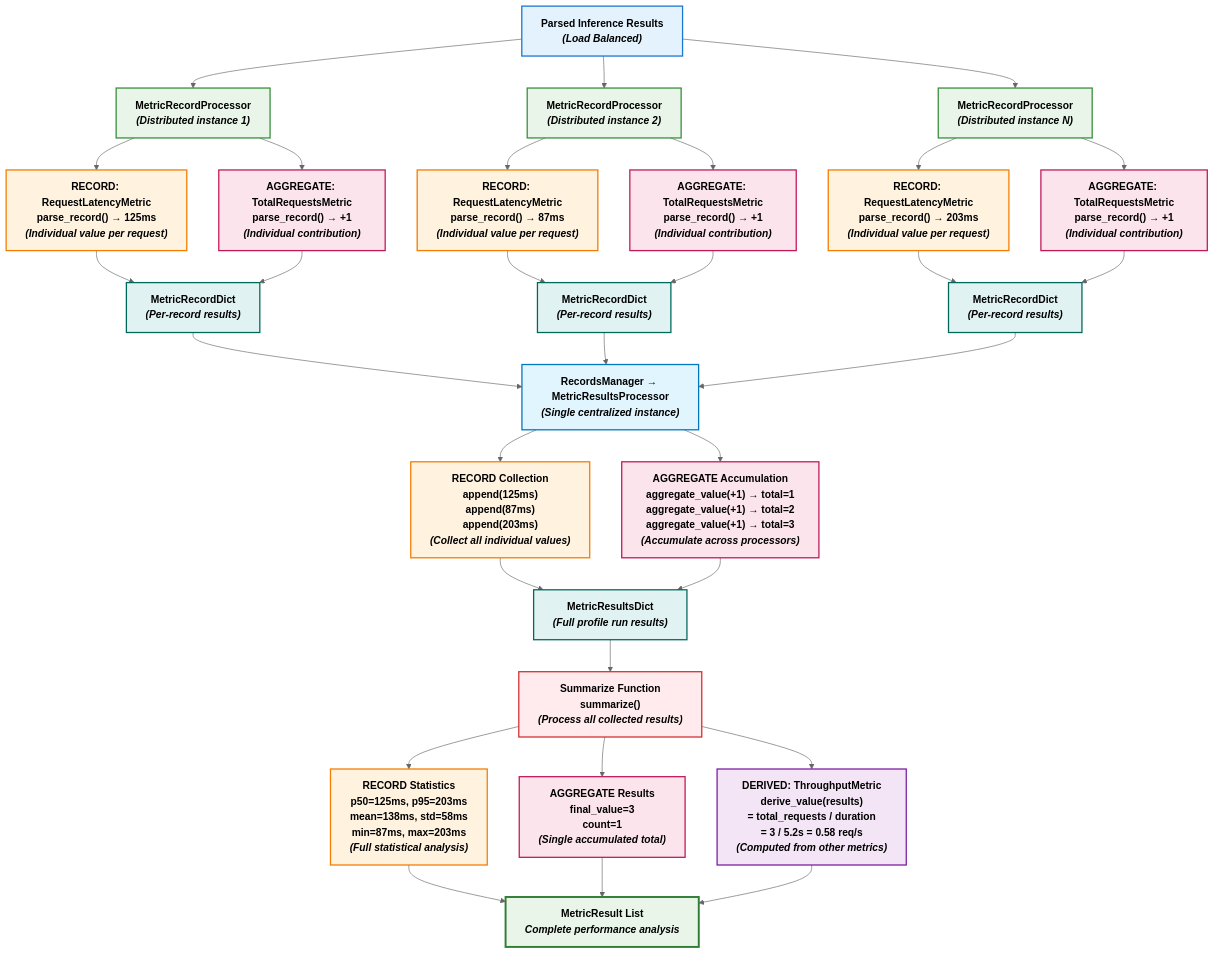
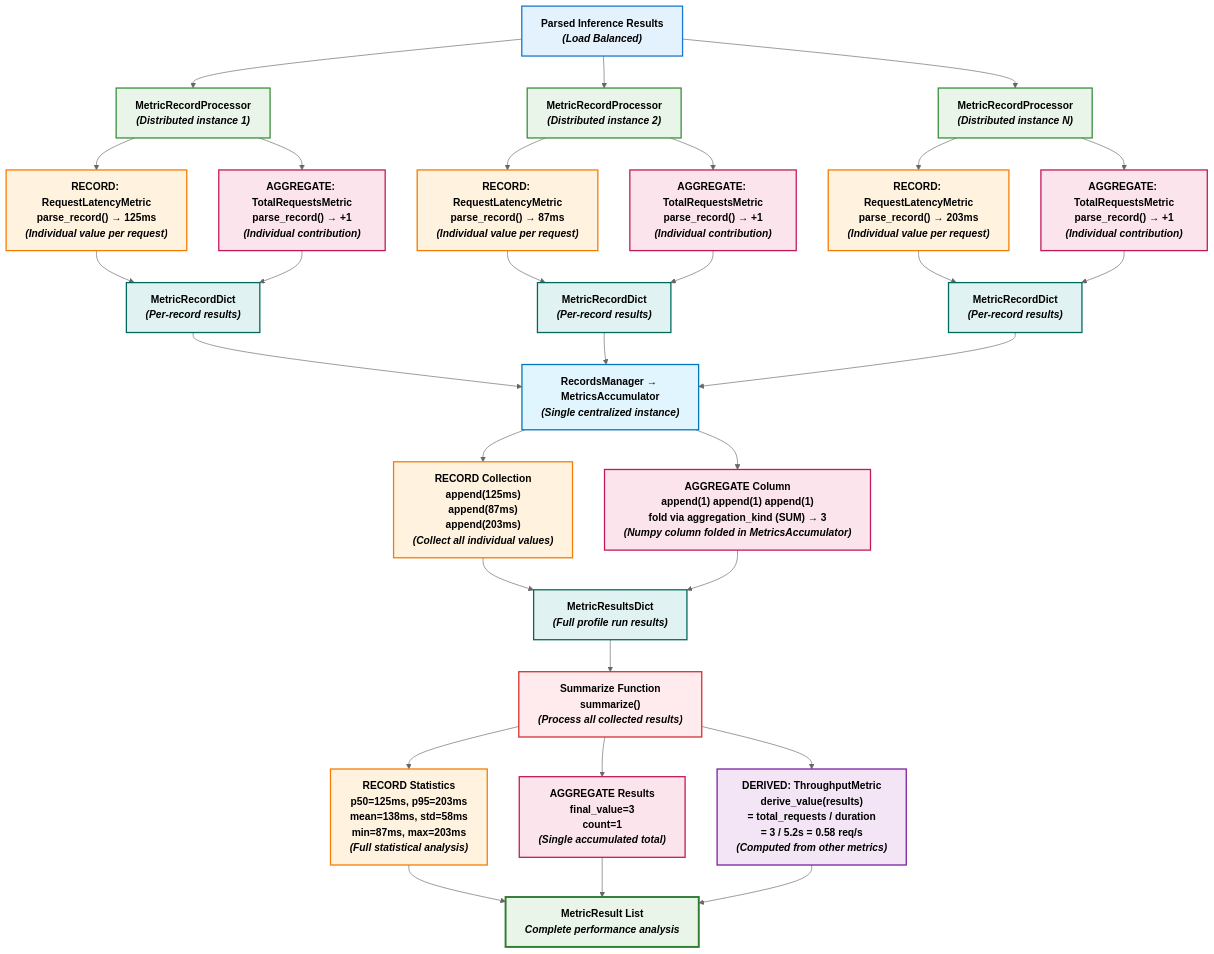
The diagram in docs/diagrams/metrics-flow.md (ai-dynamo/aiperf), drawn with Mermaid (neutral theme) before and after one commit. The commit also changed 139 other files, not shown here.

Commit message:
refactor(records): remove legacy results processors; route by record type (#1144)

````diff
--- a/docs/diagrams/metrics-flow.md
+++ b/docs/diagrams/metrics-flow.md
@@ -7,80 +7,80 @@
 ```mermaid
 flowchart TD
     %% Input Data
     A["Parsed Inference Results<br/><em>(Load&nbsp;Balanced)</em>"]
 
     %% Stage 1: Distributed Record Processing
     A --> B1["MetricRecordProcessor<br/><em>(Distributed&nbsp;instance&nbsp;1)</em>"]
     A --> B2["MetricRecordProcessor<br/><em>(Distributed&nbsp;instance&nbsp;2)</em>"]
     A --> B3["MetricRecordProcessor<br/><em>(Distributed&nbsp;instance&nbsp;N)</em>"]
 
     %% RECORD Metric Path
     B1 --> C1["RECORD: RequestLatencyMetric<br/>parse_record() → 125ms<br/><em>(Individual&nbsp;value&nbsp;per&nbsp;request)</em>"]
     B2 --> C2["RECORD: RequestLatencyMetric<br/>parse_record() → 87ms<br/><em>(Individual&nbsp;value&nbsp;per&nbsp;request)</em>"]
     B3 --> C3["RECORD: RequestLatencyMetric<br/>parse_record() → 203ms<br/><em>(Individual&nbsp;value&nbsp;per&nbsp;request)</em>"]
 
     %% AGGREGATE Metric Path
     B1 --> D1["AGGREGATE: TotalRequestsMetric<br/>parse_record() → +1<br/><em>(Individual&nbsp;contribution)</em>"]
     B2 --> D2["AGGREGATE: TotalRequestsMetric<br/>parse_record() → +1<br/><em>(Individual&nbsp;contribution)</em>"]
     B3 --> D3["AGGREGATE: TotalRequestsMetric<br/>parse_record() → +1<br/><em>(Individual&nbsp;contribution)</em>"]
 
     %% MetricRecordDict Collection
     C1 --> E1["MetricRecordDict<br/><em>(Per-record&nbsp;results)</em>"]
     D1 --> E1
     C2 --> E2["MetricRecordDict<br/><em>(Per-record&nbsp;results)</em>"]
     D2 --> E2
     C3 --> E3["MetricRecordDict<br/><em>(Per-record&nbsp;results)</em>"]
     D3 --> E3
 
-    %% Stage 2: Centralized Results Processing
-    E1 --> G["RecordsManager → MetricResultsProcessor<br/><em>(Single&nbsp;centralized&nbsp;instance)</em>"]
+    %% Stage 2: Centralized Metrics Accumulation
+    E1 --> G["RecordsManager → MetricsAccumulator<br/><em>(Single&nbsp;centralized&nbsp;instance)</em>"]
     E2 --> G
     E3 --> G
 
     %% RECORD Processing in Central
     G --> H1["RECORD Collection<br/>append(125ms)<br/>append(87ms)<br/>append(203ms)<br/><em>(Collect&nbsp;all&nbsp;individual&nbsp;values)</em>"]
 
     %% AGGREGATE Processing in Central
-    G --> H2["AGGREGATE Accumulation<br/>aggregate_value(+1) → total=1<br/>aggregate_value(+1) → total=2<br/>aggregate_value(+1) → total=3<br/><em>(Accumulate&nbsp;across&nbsp;processors)</em>"]
+    G --> H2["AGGREGATE Column<br/>append(1) append(1) append(1)<br/>fold via aggregation_kind (SUM) → 3<br/><em>(Numpy&nbsp;column&nbsp;folded&nbsp;in&nbsp;MetricsAccumulator)</em>"]
 
     H1 --> L["MetricResultsDict<br/><em>(Full&nbsp;profile&nbsp;run&nbsp;results)</em>"]
     H2 --> L
 
     %% Stage 4: Summarize Function Processing
     L --> I2["Summarize Function<br/>summarize()<br/><em>(Process&nbsp;all&nbsp;collected&nbsp;results)</em>"]
 
     %% Three outputs from Summarize Function
     I2 --> J1["RECORD Statistics<br/>p50=125ms, p95=203ms<br/>mean=138ms, std=58ms<br/>min=87ms, max=203ms<br/><em>(Full&nbsp;statistical&nbsp;analysis)</em>"]
 
     I2 --> J2["AGGREGATE Results<br/>final_value=3<br/>count=1<br/><em>(Single&nbsp;accumulated&nbsp;total)</em>"]
 
     I2 --> J3["DERIVED: ThroughputMetric<br/>derive_value(results)<br/>= total_requests / duration<br/>= 3 / 5.2s = 0.58 req/s<br/><em>(Computed&nbsp;from&nbsp;other&nbsp;metrics)</em>"]
 
     %% Final Output
     J1 --> K["MetricResult List<br/><em>Complete&nbsp;performance&nbsp;analysis</em>"]
     J2 --> K
     J3 --> K
 
     %% Styling
     classDef input fill:#e3f2fd,stroke:#1976d2,stroke-width:2px,color:#000000,font-weight:bold
     classDef distributed fill:#e8f5e8,stroke:#388e3c,stroke-width:2px,color:#000000,font-weight:bold
     classDef recordMetric fill:#fff3e0,stroke:#f57c00,stroke-width:2px,color:#000000,font-weight:bold
     classDef aggregateMetric fill:#fce4ec,stroke:#c2185b,stroke-width:2px,color:#000000,font-weight:bold
     classDef derivedMetric fill:#f3e5f5,stroke:#7b1fa2,stroke-width:2px,color:#000000,font-weight:bold
     classDef transport fill:#e0f2f1,stroke:#00695c,stroke-width:2px,color:#000000,font-weight:bold
     classDef central fill:#ffebee,stroke:#d32f2f,stroke-width:2px,color:#000000,font-weight:bold
     classDef collection fill:#fff8e1,stroke:#ffa000,stroke-width:2px,color:#000000,font-weight:bold
     classDef statistics fill:#e1f5fe,stroke:#0277bd,stroke-width:2px,color:#000000,font-weight:bold
     classDef output fill:#e8f5e8,stroke:#2e7d32,stroke-width:3px,color:#000000,font-weight:bold
 
     %% Apply styles
     class A input
     class B1,B2,B3 distributed
     class C1,C2,C3,J1,H1 recordMetric
     class D1,D2,D3,J2,H2 aggregateMetric
     class J3 derivedMetric
     class I2 central
     class I1,G statistics
     class E1,E2,E3,F,L transport
     class K output
 ```
````
